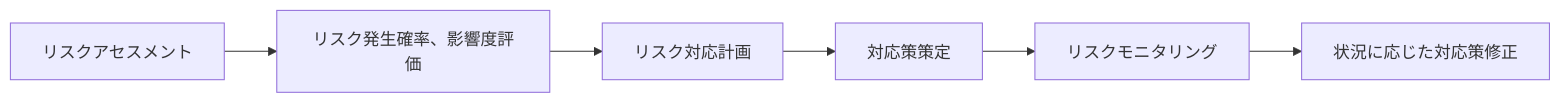
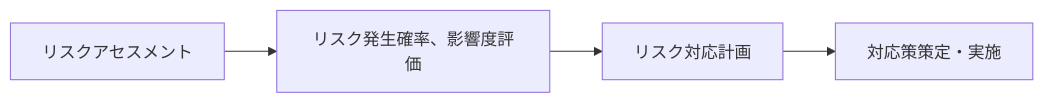
Before and after one commit to SparklingDetergent/doc_genai_How_to_evaluate_the_cost-effectiveness_of_using_generative_AI_for_business_purposes: diagram 15 of 21 in README.md, drawn with Mermaid. The commit also changed other lines of this file, not shown here.

````diff
--- a/README.md
+++ b/README.md
@@ -396,8 +406,6 @@
 ```mermaid
 graph LR
     A[リスクアセスメント] --> B[リスク発生確率、影響度評価]
     B --> C[リスク対応計画]
-    C --> D[対応策策定]
-    D --> E[リスクモニタリング]
-    E --> F[状況に応じた対応策修正]
+    C --> D[対応策策定・実施]
 ```
````
